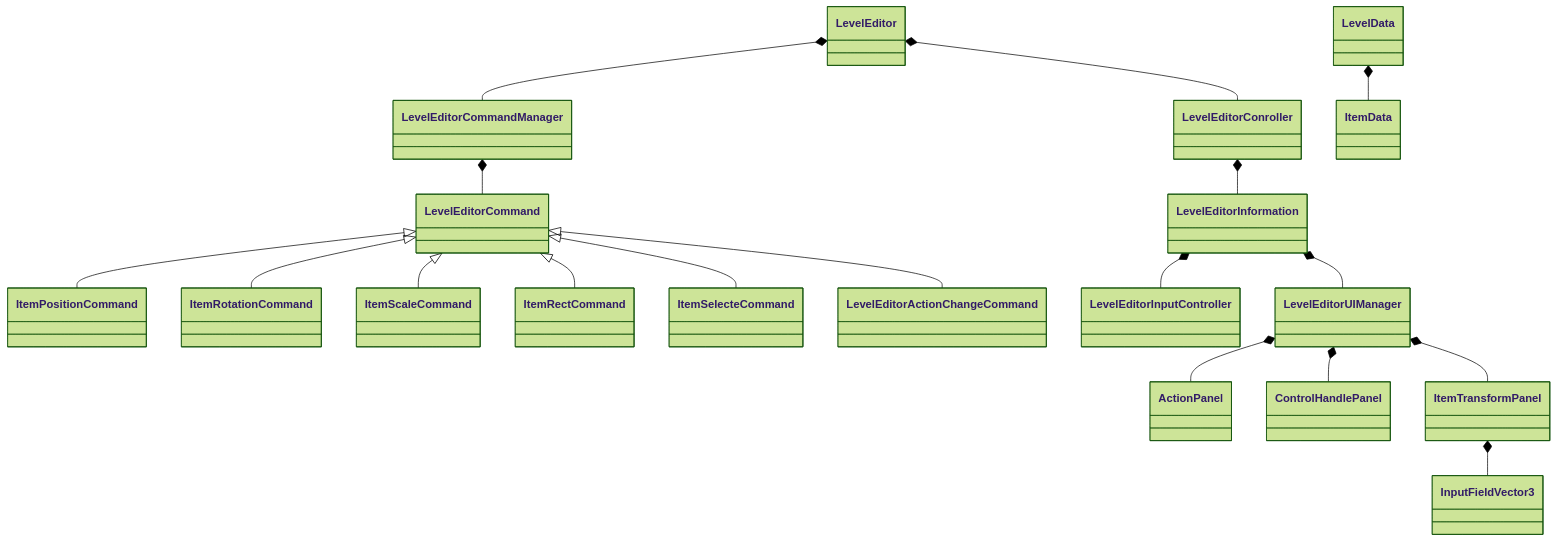
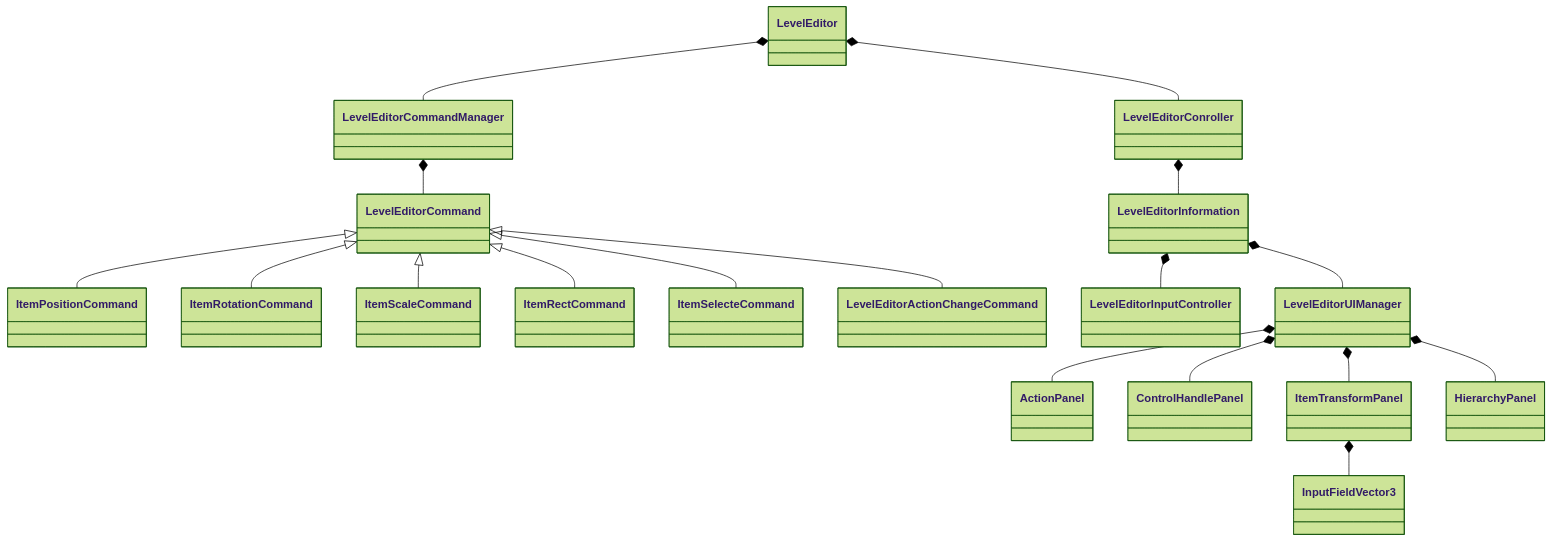
The eighth of 9 diagrams in README.md (flicker-studio/RimeEditor), drawn with Mermaid (forest theme) before and after one commit. The commit also changed other lines of this file and 163 other files, not shown here.

````diff
--- a/README.md
+++ b/README.md
@@ -288,20 +288,20 @@
 ```mermaid
 classDiagram
 LevelEditorCommand <|-- ItemPositionCommand
 LevelEditorCommand <|-- ItemRotationCommand
 LevelEditorCommand <|-- ItemScaleCommand
 LevelEditorCommand <|-- ItemRectCommand
 LevelEditorCommand <|-- ItemSelecteCommand
 LevelEditorCommand <|-- LevelEditorActionChangeCommand
 LevelEditorCommandManager *-- LevelEditorCommand
 LevelEditor *-- LevelEditorCommandManager
 LevelEditor *-- LevelEditorConroller
 LevelEditorConroller *-- LevelEditorInformation
 LevelEditorInformation *-- LevelEditorInputController
 LevelEditorInformation *-- LevelEditorUIManager
 LevelEditorUIManager *-- ActionPanel
 LevelEditorUIManager *-- ControlHandlePanel
 LevelEditorUIManager *-- ItemTransformPanel
+LevelEditorUIManager *-- HierarchyPanel
 ItemTransformPanel *-- InputFieldVector3
-LevelData *-- ItemData
 ```
````
